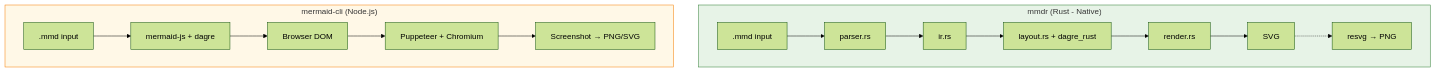
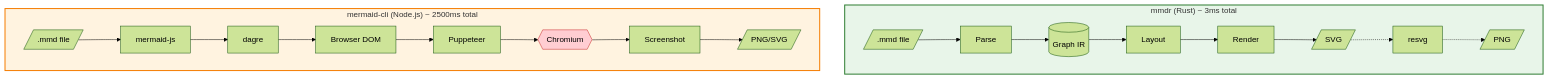
One commit to toeverything/mermaid-rs-renderer changed the diagram in docs/diagrams/architecture.mmd. Above: the diagram before and after it, drawn with Mermaid (forest theme). The commit also changed 3 other files, not shown here.

First line of the commit message:
Polish README and improve architecture diagram

```diff
--- a/docs/diagrams/architecture.mmd
+++ b/docs/diagrams/architecture.mmd
@@ -1,19 +1,26 @@
-flowchart TD
-    subgraph mmdr["mmdr (Rust - Native)"]
-        A1[".mmd input"] --> B1["parser.rs"]
-        B1 --> C1["ir.rs"]
-        C1 --> D1["layout.rs + dagre_rust"]
-        D1 --> E1["render.rs"]
-        E1 --> F1["SVG"]
-        F1 -.-> G1["resvg → PNG"]
+flowchart TB
+    subgraph mmdr["mmdr (Rust) ~ 3ms total"]
+        direction LR
+        I1[/".mmd file"/] --> P1["Parse"]
+        P1 --> IR1[("Graph IR")]
+        IR1 --> L1["Layout"]
+        L1 --> R1["Render"]
+        R1 --> O1[/"SVG"/]
+        O1 -.-> RS["resvg"]
+        RS -.-> O2[/"PNG"/]
     end
 
-    subgraph cli["mermaid-cli (Node.js)"]
-        A2[".mmd input"] --> B2["mermaid-js + dagre"]
-        B2 --> C2["Browser DOM"]
-        C2 --> D2["Puppeteer + Chromium"]
-        D2 --> E2["Screenshot → PNG/SVG"]
+    subgraph cli["mermaid-cli (Node.js) ~ 2500ms total"]
+        direction LR
+        I2[/".mmd file"/] --> M2["mermaid-js"]
+        M2 --> D2["dagre"]
+        D2 --> DOM["Browser DOM"]
+        DOM --> PP["Puppeteer"]
+        PP --> CH{{"Chromium"}}
+        CH --> SC["Screenshot"]
+        SC --> O3[/"PNG/SVG"/]
     end
 
-    style mmdr fill:#e7f3e7,stroke:#2e7d32
-    style cli fill:#fff8e7,stroke:#f57c00
+    style mmdr fill:#e8f5e9,stroke:#2e7d32,stroke-width:2px
+    style cli fill:#fff3e0,stroke:#f57c00,stroke-width:2px
+    style CH fill:#ffcdd2,stroke:#c62828
```
